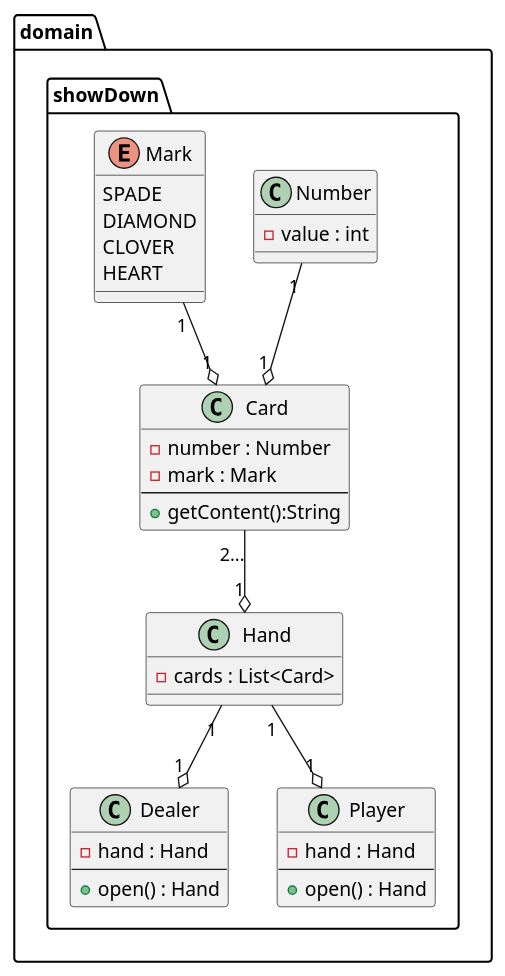
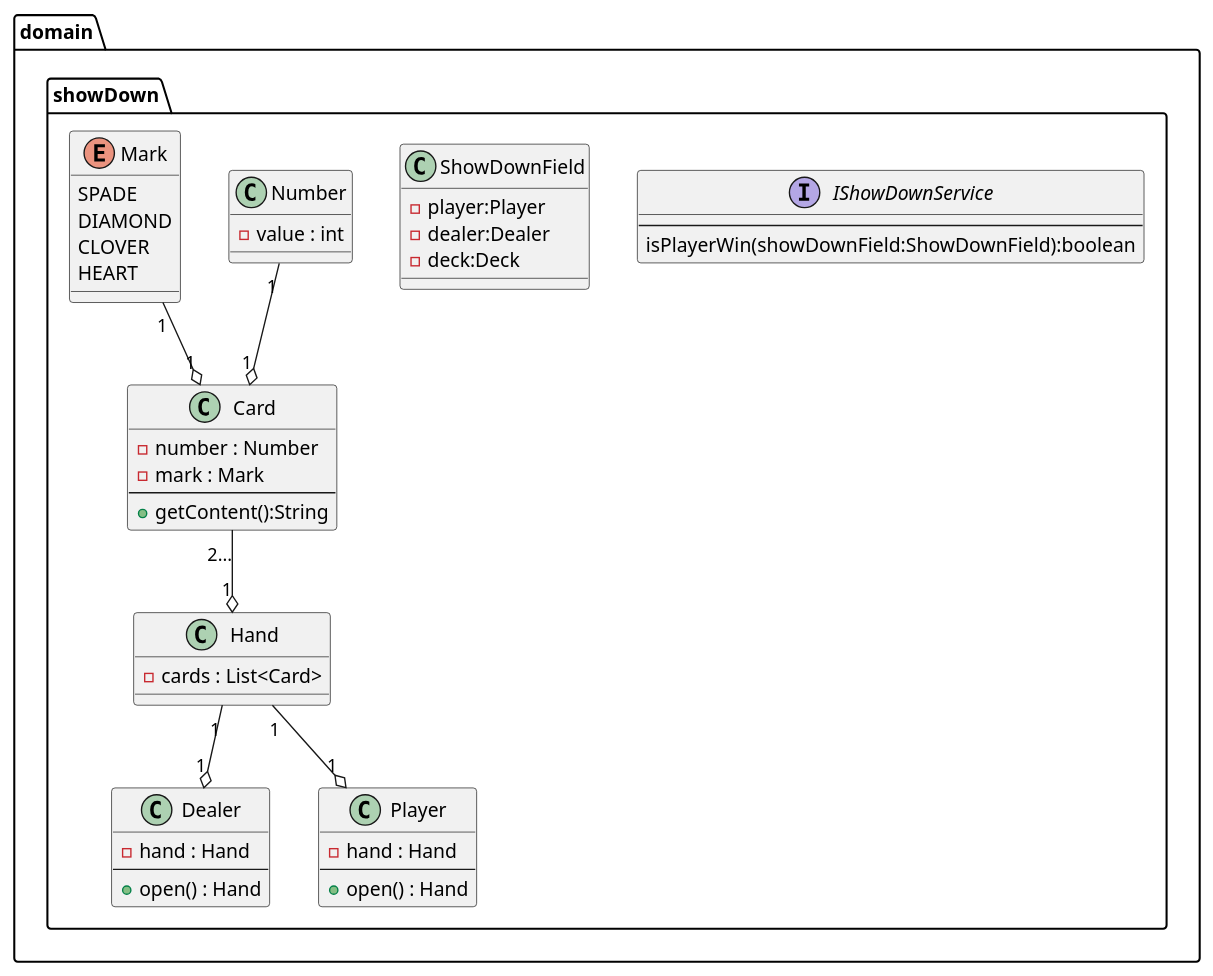
One commit to KazukiOtomo/sample changed the diagram in lecture/src/uml/showdown-class.puml. Above: the diagram before and after it, drawn with PlantUML. The commit also changed 3 other files, not shown here.

Commit message:
[fix] クラス図の変更

```diff
--- a/lecture/src/uml/showdown-class.puml
+++ b/lecture/src/uml/showdown-class.puml
@@ -1,50 +1,61 @@
 @startuml
 'https://plantuml.com/sequence-diagram
 
 skinparam defaultFontName Cica
 
 package domain.showDown {
+
+    interface IShowDownService{
+        --
+        isPlayerWin(showDownField:ShowDownField):boolean
+    }
+
+    class ShowDownField{
+        -player:Player
+        -dealer:Dealer
+        -deck:Deck
+    }
 
     class Dealer {
         -hand : Hand
         --
         +open() : Hand
     }
 
     class Player {
         -hand : Hand
         --
         +open() : Hand
     }
 
     class Hand {
         -cards : List<Card>
     }
 
     class Card {
         -number : Number
         -mark : Mark
         --
         +getContent():String
     }
 
     Hand "1" --o "1" Player
     Hand "1" --o "1" Dealer
     Card "2..." --o "1" Hand
 
     class Number {
         -value : int
     }
 
     enum Mark {
         SPADE
         DIAMOND
         CLOVER
         HEART
     }
 
     Mark "1" --o "1" Card
     Number "1" --o "1" Card
 
 }
 @enduml
```
